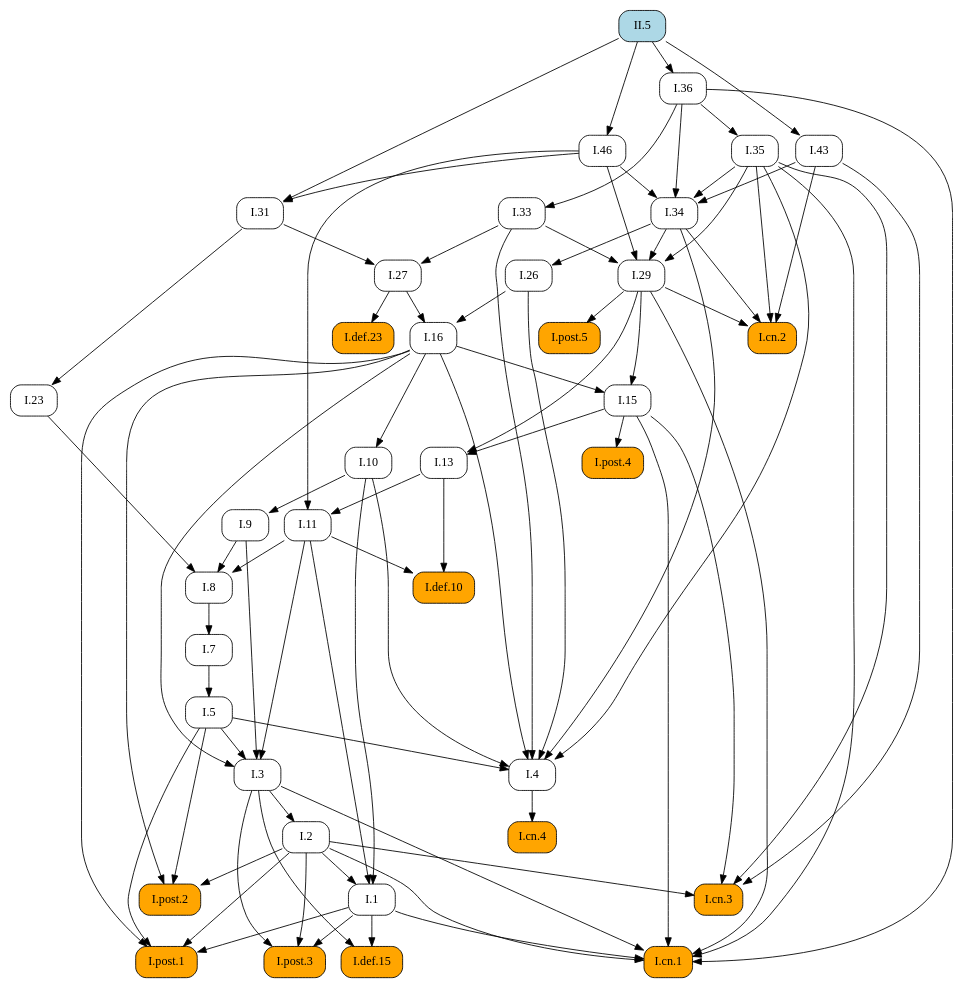
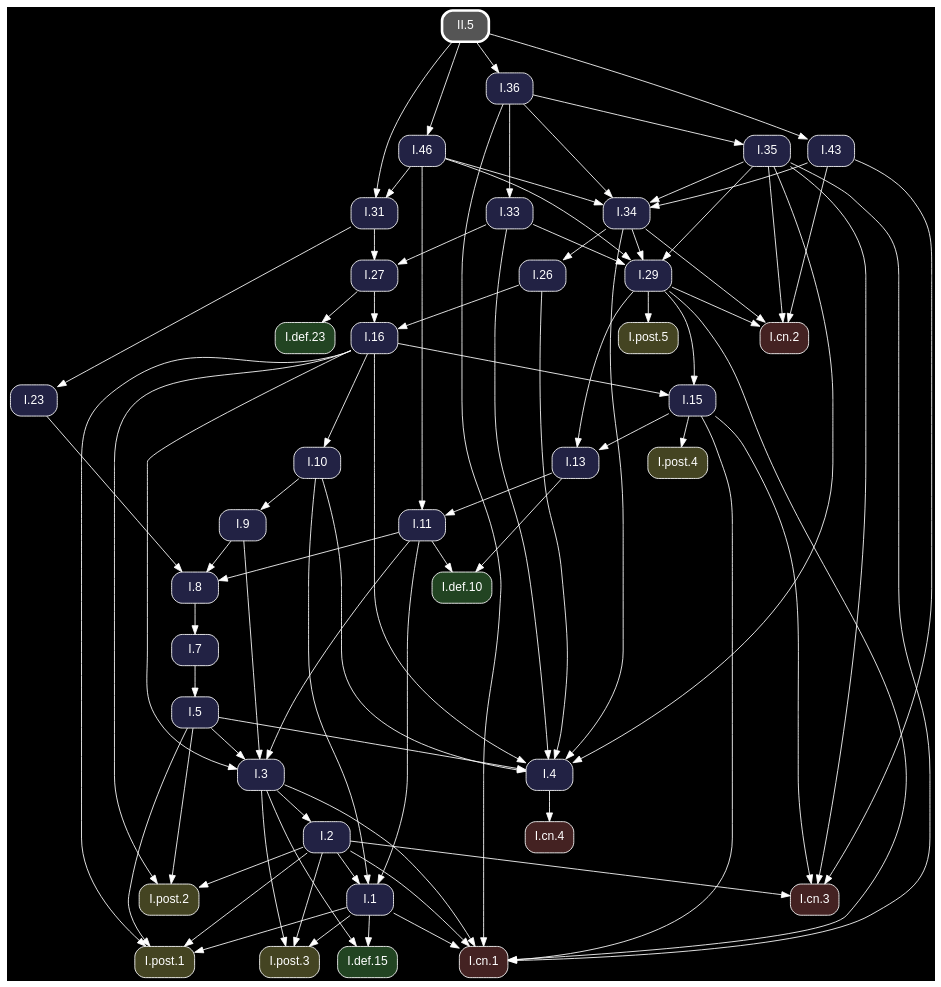
The diagram in docsrc/heath/II/5/index.rst (geometor/elements), drawn with Graphviz before and after one commit. The commit also changed other lines of this file and 1200 other files, not shown here.

Commit message:
update dependency graphs

```diff
--- a/docsrc/heath/II/5/index.rst
+++ b/docsrc/heath/II/5/index.rst
@@ -80,73 +80,53 @@
 .. graphviz::
 
    digraph {
+     bgcolor="black";
+     node [shape=box, style="rounded,filled", fontname="Helvetica", color="white", fontcolor="white"];
+     edge [color="white", fontcolor="white"];
      rankdir="TB";
-     node [shape=box, style=rounded];
-     "I.23" [URL="/heath/I/23/", target="_top"];
-     "I.9" [URL="/heath/I/9/", target="_top"];
-     "I.33" [URL="/heath/I/33/", target="_top"];
-     "I.def.15" [style="rounded,filled", fillcolor=orange, URL="/heath/I/def.15/", target="_top"];
-     "I.post.3" [style="rounded,filled", fillcolor=orange, URL="/heath/I/post.3/", target="_top"];
-     "I.post.1" [style="rounded,filled", fillcolor=orange, URL="/heath/I/post.1/", target="_top"];
-     "I.43" [URL="/heath/I/43/", target="_top"];
-     "II.5" [style="rounded,filled", fillcolor=lightblue, URL="/heath/II/5/", target="_top"];
-     "I.31" [URL="/heath/I/31/", target="_top"];
-     "I.def.10" [style="rounded,filled", fillcolor=orange, URL="/heath/I/def.10/", target="_top"];
-     "I.27" [URL="/heath/I/27/", target="_top"];
-     "I.34" [URL="/heath/I/34/", target="_top"];
-     "I.3" [URL="/heath/I/3/", target="_top"];
-     "I.35" [URL="/heath/I/35/", target="_top"];
-     "I.cn.1" [style="rounded,filled", fillcolor=orange, URL="/heath/I/cn.1/", target="_top"];
-     "I.7" [URL="/heath/I/7/", target="_top"];
-     "I.2" [URL="/heath/I/2/", target="_top"];
-     "I.36" [URL="/heath/I/36/", target="_top"];
-     "I.13" [URL="/heath/I/13/", target="_top"];
-     "I.post.4" [style="rounded,filled", fillcolor=orange, URL="/heath/I/post.4/", target="_top"];
-     "I.4" [URL="/heath/I/4/", target="_top"];
-     "I.1" [URL="/heath/I/1/", target="_top"];
-     "I.5" [URL="/heath/I/5/", target="_top"];
-     "I.8" [URL="/heath/I/8/", target="_top"];
-     "I.29" [URL="/heath/I/29/", target="_top"];
-     "I.cn.3" [style="rounded,filled", fillcolor=orange, URL="/heath/I/cn.3/", target="_top"];
-     "I.16" [URL="/heath/I/16/", target="_top"];
-     "I.15" [URL="/heath/I/15/", target="_top"];
-     "I.10" [URL="/heath/I/10/", target="_top"];
-     "I.11" [URL="/heath/I/11/", target="_top"];
-     "I.def.23" [style="rounded,filled", fillcolor=orange, URL="/heath/I/def.23/", target="_top"];
-     "I.cn.2" [style="rounded,filled", fillcolor=orange, URL="/heath/I/cn.2/", target="_top"];
-     "I.post.5" [style="rounded,filled", fillcolor=orange, URL="/heath/I/post.5/", target="_top"];
-     "I.cn.4" [style="rounded,filled", fillcolor=orange, URL="/heath/I/cn.4/", target="_top"];
-     "I.post.2" [style="rounded,filled", fillcolor=orange, URL="/heath/I/post.2/", target="_top"];
-     "I.46" [URL="/heath/I/46/", target="_top"];
-     "I.26" [URL="/heath/I/26/", target="_top"];
-     "I.31" -> "I.23";
-     "I.10" -> "I.9";
-     "I.36" -> "I.33";
-     "I.1" -> "I.def.15";
-     "I.3" -> "I.def.15";
-     "I.1" -> "I.post.3";
-     "I.2" -> "I.post.3";
-     "I.3" -> "I.post.3";
-     "I.1" -> "I.post.1";
-     "I.2" -> "I.post.1";
-     "I.5" -> "I.post.1";
-     "I.16" -> "I.post.1";
-     "II.5" -> "I.43";
+     "I.31" [fillcolor="#222244", URL="/heath/I/31/", target="_top"];
+     "I.3" [fillcolor="#222244", URL="/heath/I/3/", target="_top"];
+     "I.cn.1" [fillcolor="#442222", URL="/heath/I/cn.1/", target="_top"];
+     "I.def.10" [fillcolor="#224422", URL="/heath/I/def.10/", target="_top"];
+     "I.15" [fillcolor="#222244", URL="/heath/I/15/", target="_top"];
+     "I.13" [fillcolor="#222244", URL="/heath/I/13/", target="_top"];
+     "I.27" [fillcolor="#222244", URL="/heath/I/27/", target="_top"];
+     "I.2" [fillcolor="#222244", URL="/heath/I/2/", target="_top"];
+     "I.cn.2" [fillcolor="#442222", URL="/heath/I/cn.2/", target="_top"];
+     "I.9" [fillcolor="#222244", URL="/heath/I/9/", target="_top"];
+     "I.43" [fillcolor="#222244", URL="/heath/I/43/", target="_top"];
+     "I.1" [fillcolor="#222244", URL="/heath/I/1/", target="_top"];
+     "I.post.5" [fillcolor="#444422", URL="/heath/I/post.5/", target="_top"];
+     "I.post.4" [fillcolor="#444422", URL="/heath/I/post.4/", target="_top"];
+     "I.23" [fillcolor="#222244", URL="/heath/I/23/", target="_top"];
+     "I.26" [fillcolor="#222244", URL="/heath/I/26/", target="_top"];
+     "I.8" [fillcolor="#222244", URL="/heath/I/8/", target="_top"];
+     "I.4" [fillcolor="#222244", URL="/heath/I/4/", target="_top"];
+     "I.7" [fillcolor="#222244", URL="/heath/I/7/", target="_top"];
+     "I.5" [fillcolor="#222244", URL="/heath/I/5/", target="_top"];
+     "I.10" [fillcolor="#222244", URL="/heath/I/10/", target="_top"];
+     "I.46" [fillcolor="#222244", URL="/heath/I/46/", target="_top"];
+     "I.post.1" [fillcolor="#444422", URL="/heath/I/post.1/", target="_top"];
+     "I.11" [fillcolor="#222244", URL="/heath/I/11/", target="_top"];
+     "I.16" [fillcolor="#222244", URL="/heath/I/16/", target="_top"];
+     "I.cn.3" [fillcolor="#442222", URL="/heath/I/cn.3/", target="_top"];
+     "I.36" [fillcolor="#222244", URL="/heath/I/36/", target="_top"];
+     "I.29" [fillcolor="#222244", URL="/heath/I/29/", target="_top"];
+     "I.post.2" [fillcolor="#444422", URL="/heath/I/post.2/", target="_top"];
+     "I.cn.4" [fillcolor="#442222", URL="/heath/I/cn.4/", target="_top"];
+     "I.def.23" [fillcolor="#224422", URL="/heath/I/def.23/", target="_top"];
+     "I.35" [fillcolor="#222244", URL="/heath/I/35/", target="_top"];
+     "I.post.3" [fillcolor="#444422", URL="/heath/I/post.3/", target="_top"];
+     "I.33" [fillcolor="#222244", URL="/heath/I/33/", target="_top"];
+     "I.34" [fillcolor="#222244", URL="/heath/I/34/", target="_top"];
+     "II.5" [penwidth=3, color="white", fillcolor="#555555", URL="/heath/II/5/", target="_top"];
+     "I.def.15" [fillcolor="#224422", URL="/heath/I/def.15/", target="_top"];
      "I.46" -> "I.31";
      "II.5" -> "I.31";
-     "I.11" -> "I.def.10";
-     "I.13" -> "I.def.10";
-     "I.31" -> "I.27";
-     "I.33" -> "I.27";
-     "I.35" -> "I.34";
-     "I.36" -> "I.34";
-     "I.43" -> "I.34";
-     "I.46" -> "I.34";
      "I.5" -> "I.3";
      "I.9" -> "I.3";
      "I.11" -> "I.3";
      "I.16" -> "I.3";
-     "I.36" -> "I.35";
      "I.1" -> "I.cn.1";
      "I.2" -> "I.cn.1";
      "I.3" -> "I.cn.1";
@@ -154,12 +134,31 @@
      "I.29" -> "I.cn.1";
      "I.35" -> "I.cn.1";
      "I.36" -> "I.cn.1";
-     "I.8" -> "I.7";
-     "I.3" -> "I.2";
-     "II.5" -> "I.36";
+     "I.11" -> "I.def.10";
+     "I.13" -> "I.def.10";
+     "I.16" -> "I.15";
+     "I.29" -> "I.15";
      "I.15" -> "I.13";
      "I.29" -> "I.13";
+     "I.31" -> "I.27";
+     "I.33" -> "I.27";
+     "I.3" -> "I.2";
+     "I.29" -> "I.cn.2";
+     "I.34" -> "I.cn.2";
+     "I.35" -> "I.cn.2";
+     "I.43" -> "I.cn.2";
+     "I.10" -> "I.9";
+     "II.5" -> "I.43";
+     "I.2" -> "I.1";
+     "I.10" -> "I.1";
+     "I.11" -> "I.1";
+     "I.29" -> "I.post.5";
      "I.15" -> "I.post.4";
+     "I.31" -> "I.23";
+     "I.34" -> "I.26";
+     "I.9" -> "I.8";
+     "I.11" -> "I.8";
+     "I.23" -> "I.8";
      "I.5" -> "I.4";
      "I.10" -> "I.4";
      "I.16" -> "I.4";
@@ -167,38 +166,41 @@
      "I.33" -> "I.4";
      "I.34" -> "I.4";
      "I.35" -> "I.4";
-     "I.2" -> "I.1";
-     "I.10" -> "I.1";
-     "I.11" -> "I.1";
+     "I.8" -> "I.7";
      "I.7" -> "I.5";
-     "I.9" -> "I.8";
-     "I.11" -> "I.8";
-     "I.23" -> "I.8";
+     "I.16" -> "I.10";
+     "II.5" -> "I.46";
+     "I.1" -> "I.post.1";
+     "I.2" -> "I.post.1";
+     "I.5" -> "I.post.1";
+     "I.16" -> "I.post.1";
+     "I.13" -> "I.11";
+     "I.46" -> "I.11";
+     "I.26" -> "I.16";
+     "I.27" -> "I.16";
+     "I.2" -> "I.cn.3";
+     "I.15" -> "I.cn.3";
+     "I.35" -> "I.cn.3";
+     "I.43" -> "I.cn.3";
+     "II.5" -> "I.36";
      "I.33" -> "I.29";
      "I.34" -> "I.29";
      "I.35" -> "I.29";
      "I.46" -> "I.29";
-     "I.2" -> "I.cn.3";
-     "I.15" -> "I.cn.3";
-     "I.35" -> "I.cn.3";
-     "I.43" -> "I.cn.3";
-     "I.26" -> "I.16";
-     "I.27" -> "I.16";
-     "I.16" -> "I.15";
-     "I.29" -> "I.15";
-     "I.16" -> "I.10";
-     "I.13" -> "I.11";
-     "I.46" -> "I.11";
-     "I.27" -> "I.def.23";
-     "I.29" -> "I.cn.2";
-     "I.34" -> "I.cn.2";
-     "I.35" -> "I.cn.2";
-     "I.43" -> "I.cn.2";
-     "I.29" -> "I.post.5";
-     "I.4" -> "I.cn.4";
      "I.2" -> "I.post.2";
      "I.5" -> "I.post.2";
      "I.16" -> "I.post.2";
-     "II.5" -> "I.46";
-     "I.34" -> "I.26";
+     "I.4" -> "I.cn.4";
+     "I.27" -> "I.def.23";
+     "I.36" -> "I.35";
+     "I.1" -> "I.post.3";
+     "I.2" -> "I.post.3";
+     "I.3" -> "I.post.3";
+     "I.36" -> "I.33";
+     "I.35" -> "I.34";
+     "I.36" -> "I.34";
+     "I.43" -> "I.34";
+     "I.46" -> "I.34";
+     "I.1" -> "I.def.15";
+     "I.3" -> "I.def.15";
    }
```
